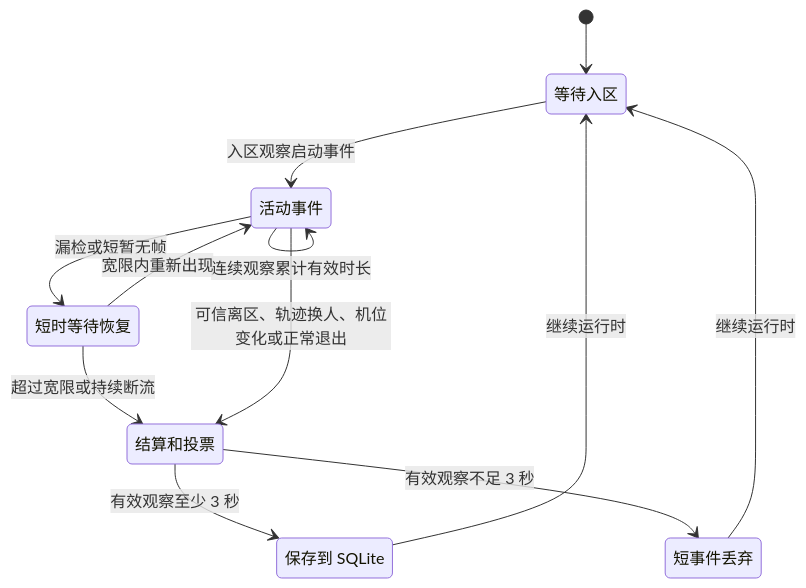
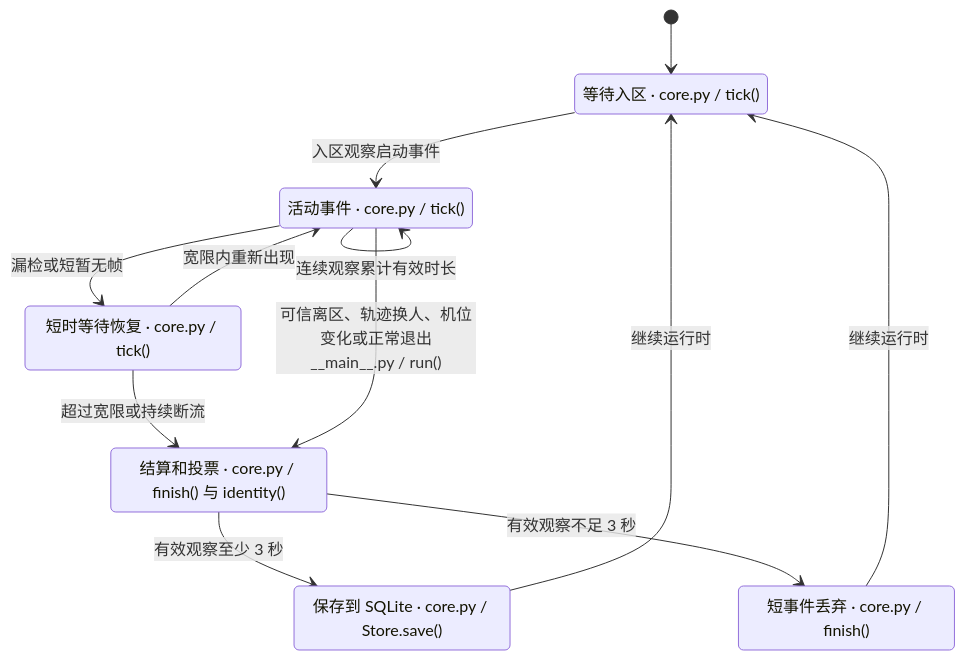
The fourth of 4 diagrams in docs/CODE_LEARNING_GUIDE.md (hygambler/double-cat-monitor), drawn with Mermaid before and after one commit. The commit also changed other lines of this file, not shown here.

Commit message:
docs: label workflow diagrams with Python files

````diff
--- a/docs/CODE_LEARNING_GUIDE.md
+++ b/docs/CODE_LEARNING_GUIDE.md
@@ -145,20 +150,20 @@
 ```mermaid
 stateDiagram-v2
-    state "等待入区" as Idle
-    state "活动事件" as Active
-    state "短时等待恢复" as Gap
-    state "结算和投票" as Finish
-    state "保存到 SQLite" as Save
-    state "短事件丢弃" as Drop
+    state "等待入区 · core.py / tick()" as Idle
+    state "活动事件 · core.py / tick()" as Active
+    state "短时等待恢复 · core.py / tick()" as Gap
+    state "结算和投票 · core.py / finish() 与 identity()" as Finish
+    state "保存到 SQLite · core.py / Store.save()" as Save
+    state "短事件丢弃 · core.py / finish()" as Drop
     [*] --> Idle
     Idle --> Active: 入区观察启动事件
     Active --> Active: 连续观察累计有效时长
     Active --> Gap: 漏检或短暂无帧
     Gap --> Active: 宽限内重新出现
     Gap --> Finish: 超过宽限或持续断流
-    Active --> Finish: 可信离区、轨迹换人、机位变化或正常退出
+    Active --> Finish: 可信离区、轨迹换人、机位变化或正常退出<br/>\_\_main\_\_.py / run()
     Finish --> Save: 有效观察至少 3 秒
     Finish --> Drop: 有效观察不足 3 秒
     Save --> Idle: 继续运行时
     Drop --> Idle: 继续运行时
 ```
````
